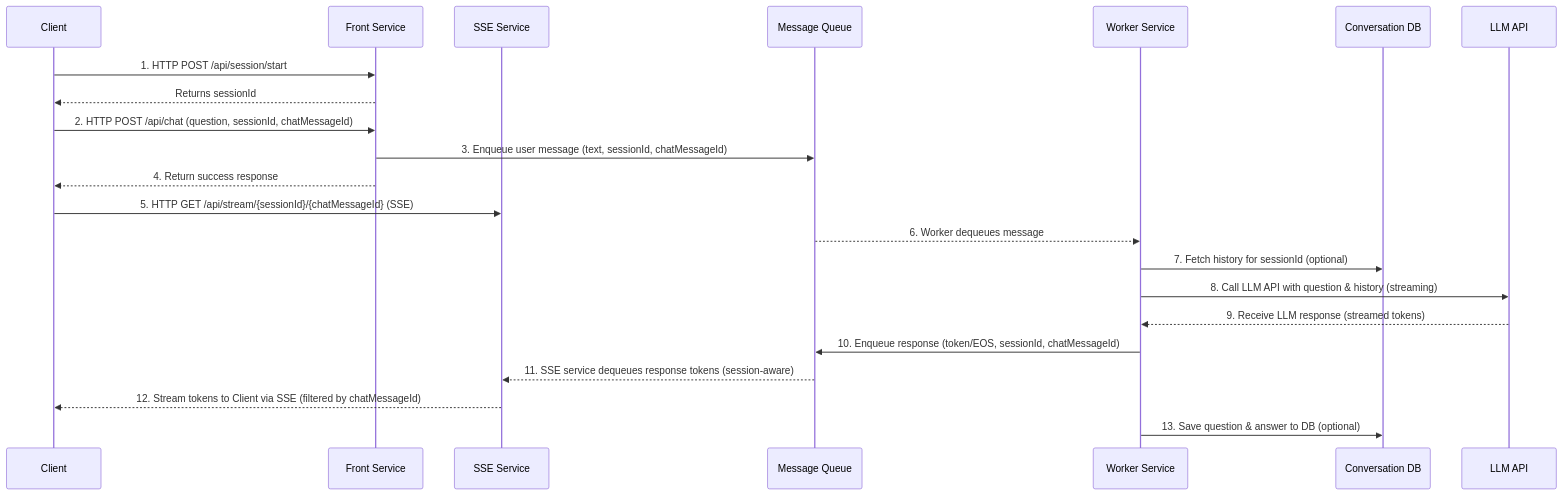
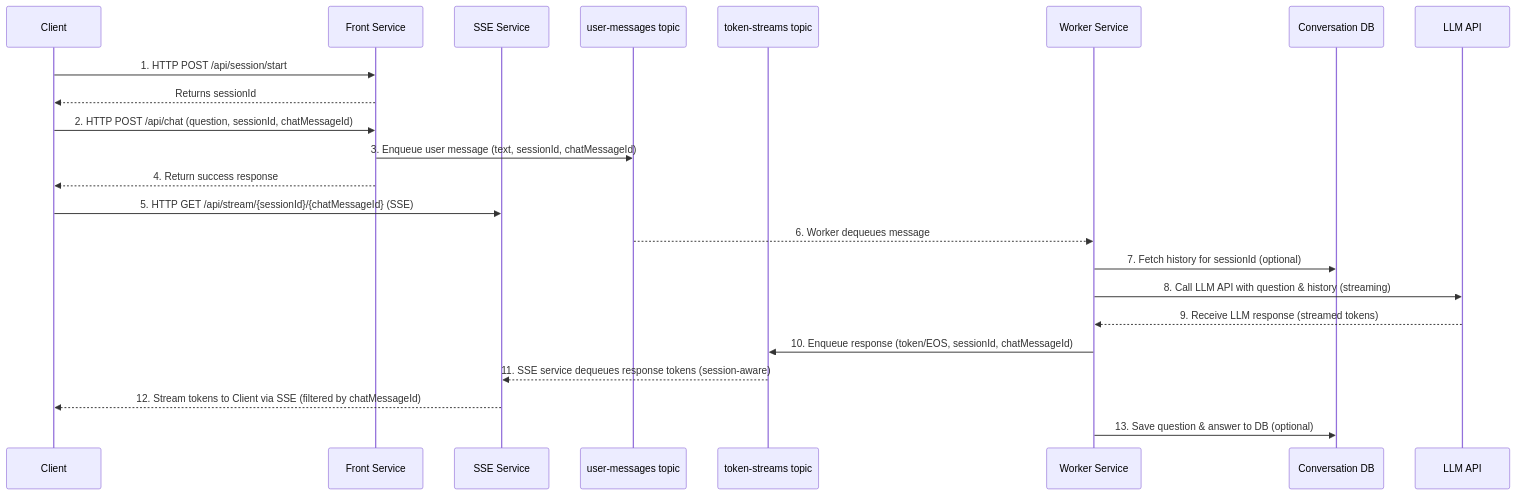
The second of 2 diagrams in d-ai-app-patterns/scalable_chat/README.md (tkubica12/azure-workshops), drawn with Mermaid before and after one commit. The commit also changed other lines of this file and 1 other file, not shown here.

````diff
--- a/d-ai-app-patterns/scalable_chat/README.md
+++ b/d-ai-app-patterns/scalable_chat/README.md
@@ -32,25 +32,26 @@
 ```mermaid
 sequenceDiagram
     participant C as Client
     participant F as Front Service
     participant S as SSE Service
-    participant Q as Message Queue
+    participant UM as user-messages topic
+    participant TS as token-streams topic
     participant W as Worker Service
     participant D as Conversation DB
     participant L as LLM API
 
     C->>F: 1. HTTP POST /api/session/start
     F-->>C: Returns sessionId
     C->>F: 2. HTTP POST /api/chat (question, sessionId, chatMessageId)
-    F->>Q: 3. Enqueue user message (text, sessionId, chatMessageId)
+    F->>UM: 3. Enqueue user message (text, sessionId, chatMessageId)
     F-->>C: 4. Return success response
     C->>S: 5. HTTP GET /api/stream/{sessionId}/{chatMessageId} (SSE)
-    Q-->>W: 6. Worker dequeues message
+    UM-->>W: 6. Worker dequeues message
     W->>D: 7. Fetch history for sessionId (optional)
     W->>L: 8. Call LLM API with question & history (streaming)
     L-->>W: 9. Receive LLM response (streamed tokens)
-    W->>Q: 10. Enqueue response (token/EOS, sessionId, chatMessageId)
-    Q-->>S: 11. SSE service dequeues response tokens (session-aware)
+    W->>TS: 10. Enqueue response (token/EOS, sessionId, chatMessageId)
+    TS-->>S: 11. SSE service dequeues response tokens (session-aware)
     S-->>C: 12. Stream tokens to Client via SSE (filtered by chatMessageId)
     W->>D: 13. Save question & answer to DB (optional)
 ```
````
